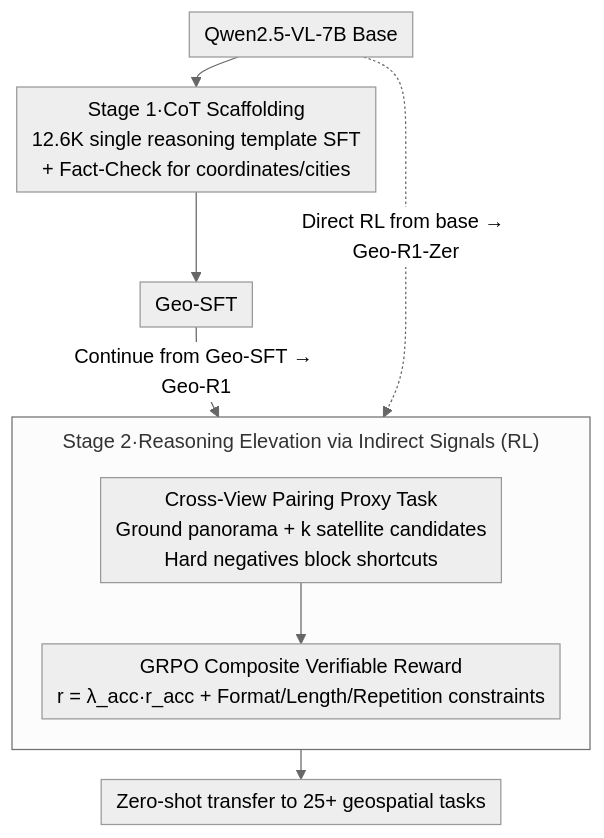
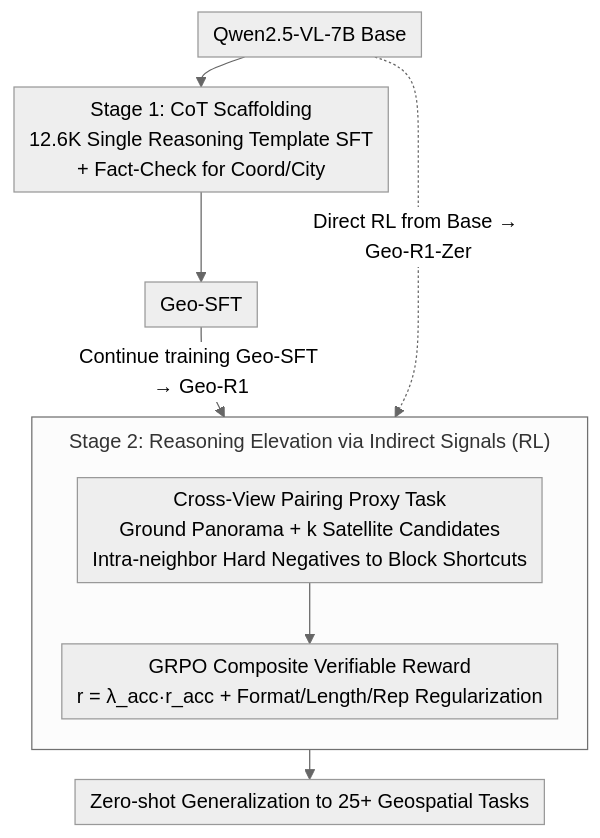
One commit to zhaoyang97/Paper-Notes-en changed the diagram in docs/ICML2026/reinforcement_learning/unlocking_zero-shot_geospatial_reasoning_via_indirect_rewards.md. Above: the diagram before and after it, drawn with Mermaid (neutral theme). The commit also changed other lines of this file and 5084 other files, not shown here.

````diff
--- a/docs/ICML2026/reinforcement_learning/unlocking_zero-shot_geospatial_reasoning_via_indirect_rewards.md
+++ b/docs/ICML2026/reinforcement_learning/unlocking_zero-shot_geospatial_reasoning_via_indirect_rewards.md
@@ -42,14 +42,14 @@
 ```mermaid
 %%{init: {'flowchart': {'rankSpacing': 24, 'nodeSpacing': 28, 'padding': 6, 'wrappingWidth': 400, 'subGraphTitleMargin': {'top': 8, 'bottom': 16}}}}%%
 flowchart TD
-    A["Qwen2.5-VL-7B Base"] --> B["Stage 1·CoT Scaffolding<br/>12.6K single reasoning template SFT<br/>+ Fact-Check for coordinates/cities"]
+    A["Qwen2.5-VL-7B Base"] --> B["Stage 1: CoT Scaffolding<br/>12.6K Single Reasoning Template SFT<br/>+ Fact-Check for Coord/City"]
     B --> C["Geo-SFT"]
-    subgraph S2["Stage 2·Reasoning Elevation via Indirect Signals (RL)"]
+    subgraph S2["Stage 2: Reasoning Elevation via Indirect Signals (RL)"]
         direction TB
-        D["Cross-View Pairing Proxy Task<br/>Ground panorama + k satellite candidates<br/>Hard negatives block shortcuts"]
-        D --> E["GRPO Composite Verifiable Reward<br/>r = λ_acc·r_acc + Format/Length/Repetition constraints"]
+        D["Cross-View Pairing Proxy Task<br/>Ground Panorama + k Satellite Candidates<br/>Intra-neighbor Hard Negatives to Block Shortcuts"]
+        D --> E["GRPO Composite Verifiable Reward<br/>r = λ_acc·r_acc + Format/Length/Rep Regularization"]
     end
-    C -->|Continue from Geo-SFT → Geo-R1| S2
-    A -.Direct RL from base → Geo-R1-Zero.-> S2
-    S2 --> G["Zero-shot transfer to 25+ geospatial tasks"]
+    C -->|Continue training Geo-SFT → Geo-R1| S2
+    A -.Direct RL from Base → Geo-R1-Zero.-> S2
+    S2 --> G["Zero-shot Generalization to 25+ Geospatial Tasks"]
 ```
````
